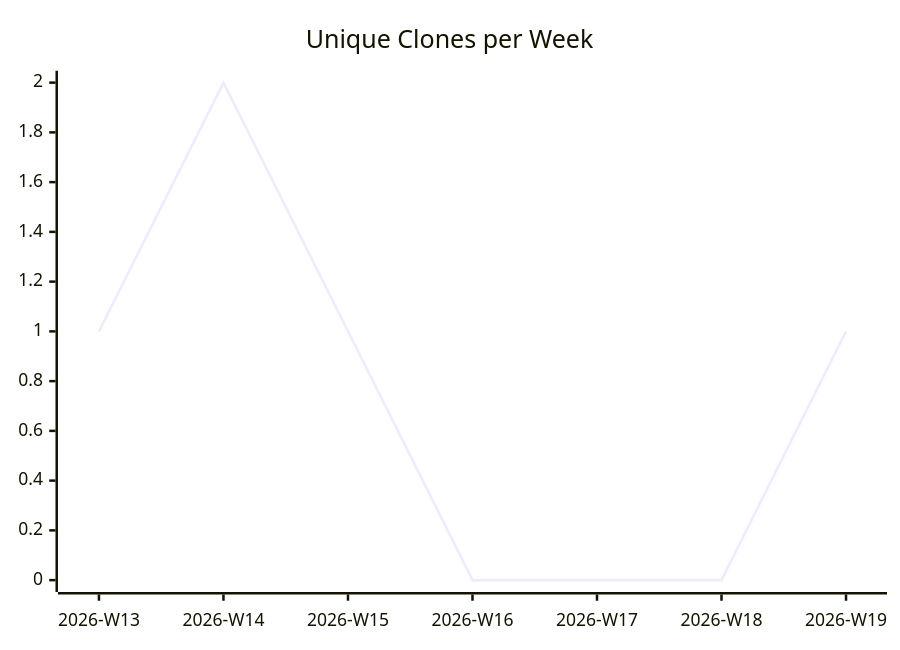
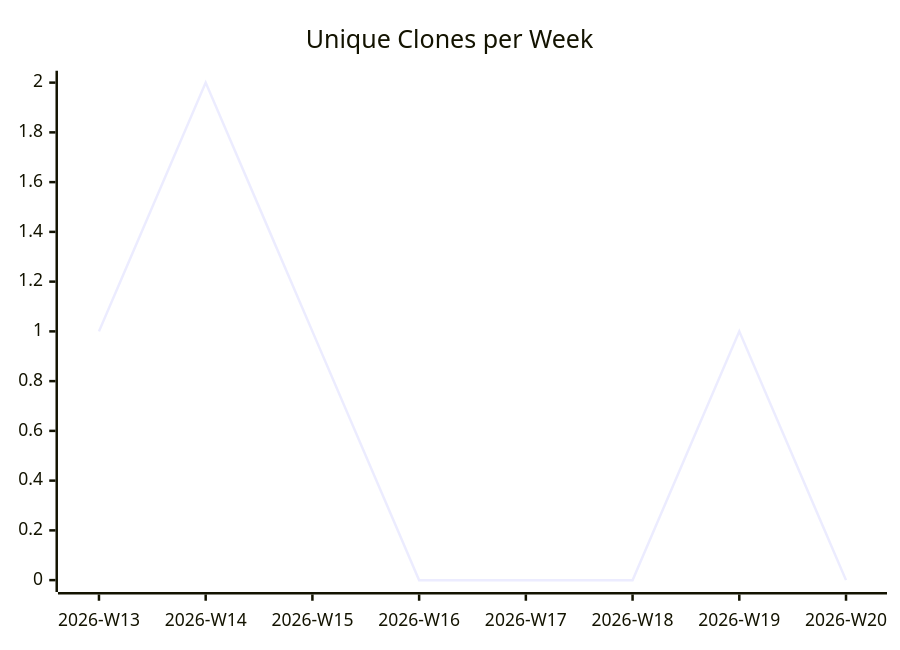
The third of 3 diagrams in karlmdavis/ansible-jenkins/README.md (justdavis-family/github-analytics-data), drawn with Mermaid before and after one commit. The commit also changed other lines of this file and 176 other files, not shown here.

````diff
--- a/karlmdavis/ansible-jenkins/README.md
+++ b/karlmdavis/ansible-jenkins/README.md
@@ -19,6 +19,6 @@
 ```mermaid
 xychart-beta
   title "Unique Clones per Week"
-  x-axis ["2026-W13", "2026-W14", "2026-W15", "2026-W16", "2026-W17", "2026-W18", "2026-W19"]
-  line [1, 2, 1, 0, 0, 0, 1]
+  x-axis ["2026-W13", "2026-W14", "2026-W15", "2026-W16", "2026-W17", "2026-W18", "2026-W19", "2026-W20"]
+  line [1, 2, 1, 0, 0, 0, 1, 0]
 ```
````
